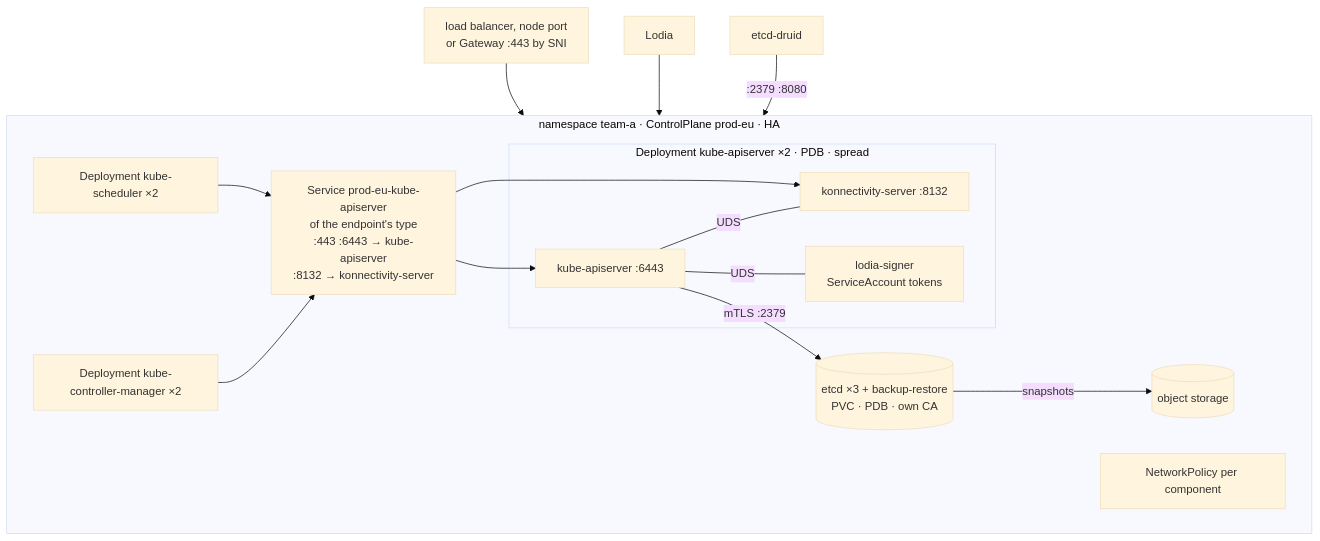
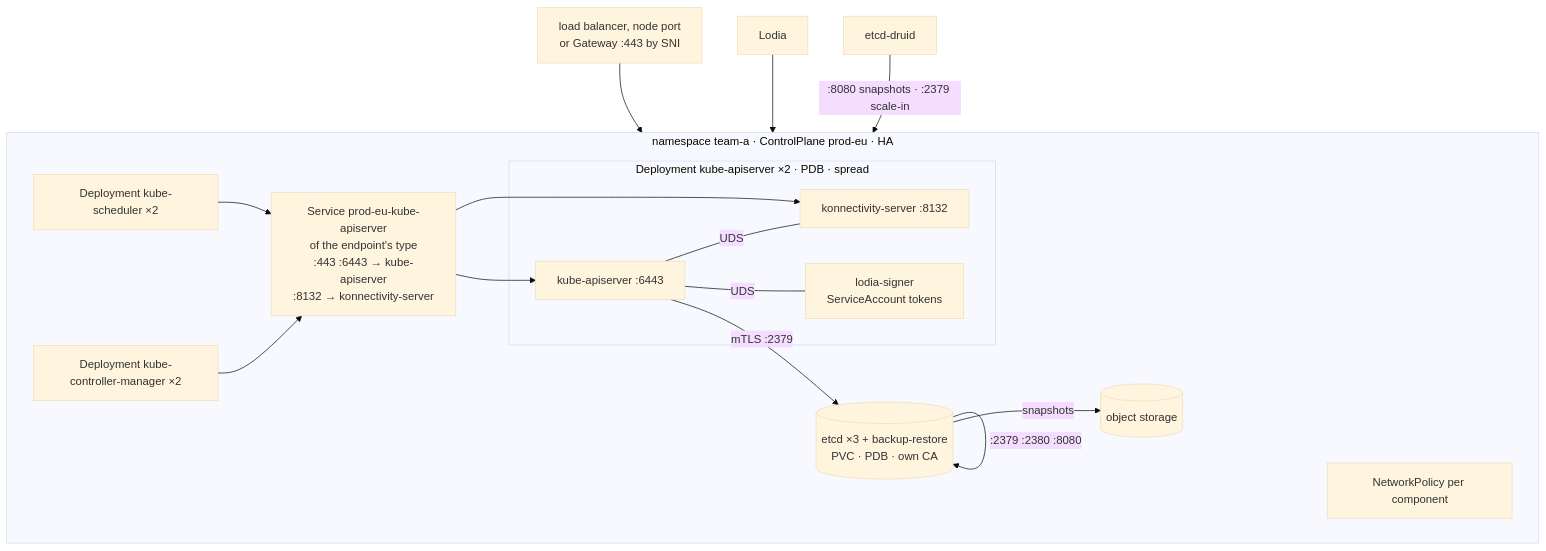
Before and after one commit to lodia-io/lodia: the third of 7 diagrams in docs/README.md, drawn with Mermaid (base theme). The commit also changed other lines of this file and 20 other files, not shown here.

````diff
--- a/docs/README.md
+++ b/docs/README.md
@@ -115,23 +115,24 @@
 ```mermaid
 flowchart TB
   subgraph ns["namespace team-a · ControlPlane prod-eu · HA"]
     direction LR
     subgraph kas["Deployment kube-apiserver ×2 · PDB · spread"]
       a["kube-apiserver :6443"] ---|UDS| k["konnectivity-server :8132"]
       a ---|UDS| sg["lodia-signer<br/>ServiceAccount tokens"]
     end
     kcm["Deployment kube-controller-manager ×2"]
     sch["Deployment kube-scheduler ×2"]
     etcd[("etcd ×3 + backup-restore<br/>PVC · PDB · own CA")]
     svc["Service prod-eu-kube-apiserver<br/>of the endpoint's type<br/>:443 :6443 → kube-apiserver<br/>:8132 → konnectivity-server"]
     np["NetworkPolicy per component"]
     kcm --> svc --> a
     sch --> svc
     svc --> k
     a -->|mTLS :2379| etcd
+    etcd -->|":2379 :2380 :8080"| etcd
     etcd -->|snapshots| s3[(object storage)]
   end
   ep["load balancer, node port<br/>or Gateway :443 by SNI"] --> svc
   op["Lodia"] --> svc
-  druid["etcd-druid"] -->|:2379 :8080| etcd
+  druid["etcd-druid"] -->|":8080 snapshots · :2379 scale-in"| etcd
 ```
````
